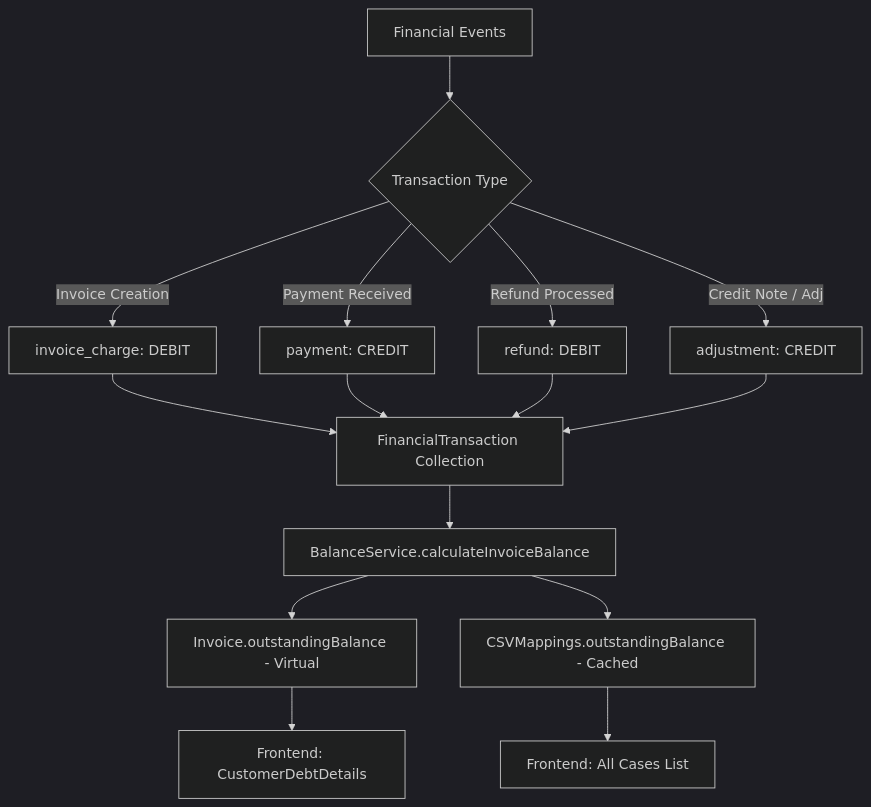
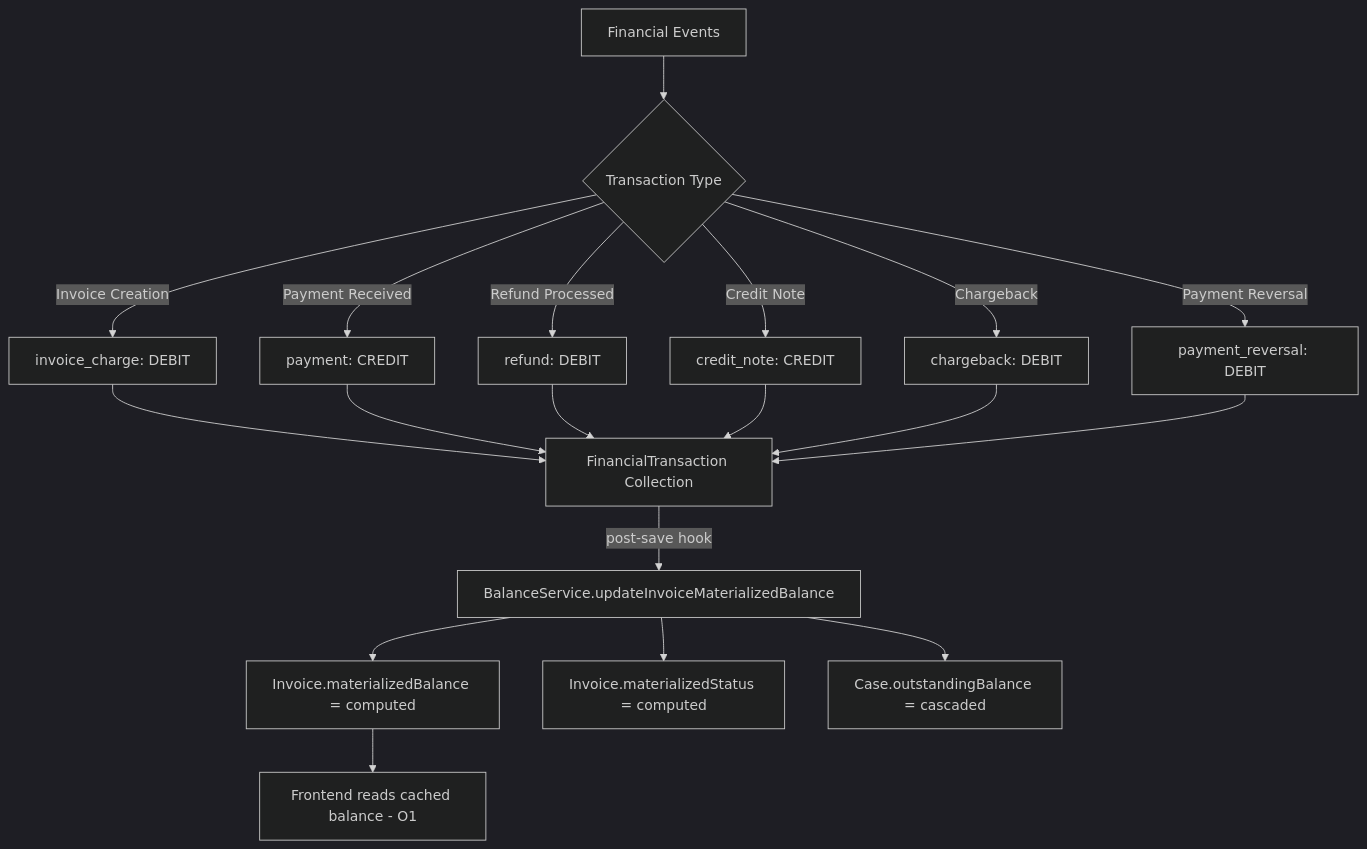
Before and after one commit to Twosvn/equisettle-docs: the first of 3 diagrams in docs/backend/architecture/pure-ledger.md, drawn with Mermaid (dark theme). The commit also changed other lines of this file and 1 other file, not shown here.

First line of the commit message:
docs: update pure ledger architecture and add financial verification report

````diff
--- a/docs/backend/architecture/pure-ledger.md
+++ b/docs/backend/architecture/pure-ledger.md
@@ -17,22 +29,26 @@
 ```mermaid
 graph TD
     A[Financial Events] --> B{Transaction Type}
-    
+
     B -->|Invoice Creation| C[invoice_charge: DEBIT]
     B -->|Payment Received| D[payment: CREDIT]
     B -->|Refund Processed| E[refund: DEBIT]
-    B -->|Credit Note / Adj| F[adjustment: CREDIT]
-    
-    C --> G[FinancialTransaction Collection]
-    D --> G
-    E --> G
-    F --> G
-    
-    G --> H[BalanceService.calculateInvoiceBalance]
-    
-    H --> I[Invoice.outstandingBalance - Virtual]
-    H --> J[CSVMappings.outstandingBalance - Cached]
-    
-    I --> K[Frontend: CustomerDebtDetails]
-    J --> L[Frontend: All Cases List]
+    B -->|Credit Note| F[credit_note: CREDIT]
+    B -->|Chargeback| G[chargeback: DEBIT]
+    B -->|Payment Reversal| H[payment_reversal: DEBIT]
+
+    C --> I[FinancialTransaction Collection]
+    D --> I
+    E --> I
+    F --> I
+    G --> I
+    H --> I
+
+    I -->|post-save hook| J[BalanceService.updateInvoiceMaterializedBalance]
+
+    J --> K[Invoice.materializedBalance = computed]
+    J --> L[Invoice.materializedStatus = computed]
+    J --> M[Case.outstandingBalance = cascaded]
+
+    K --> N[Frontend reads cached balance - O1]
 ```
````
